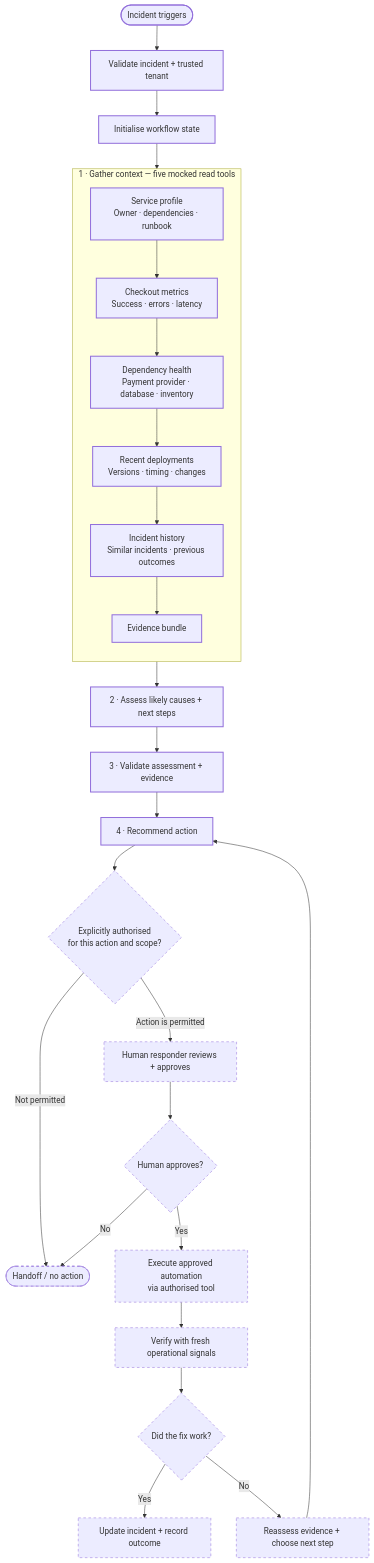
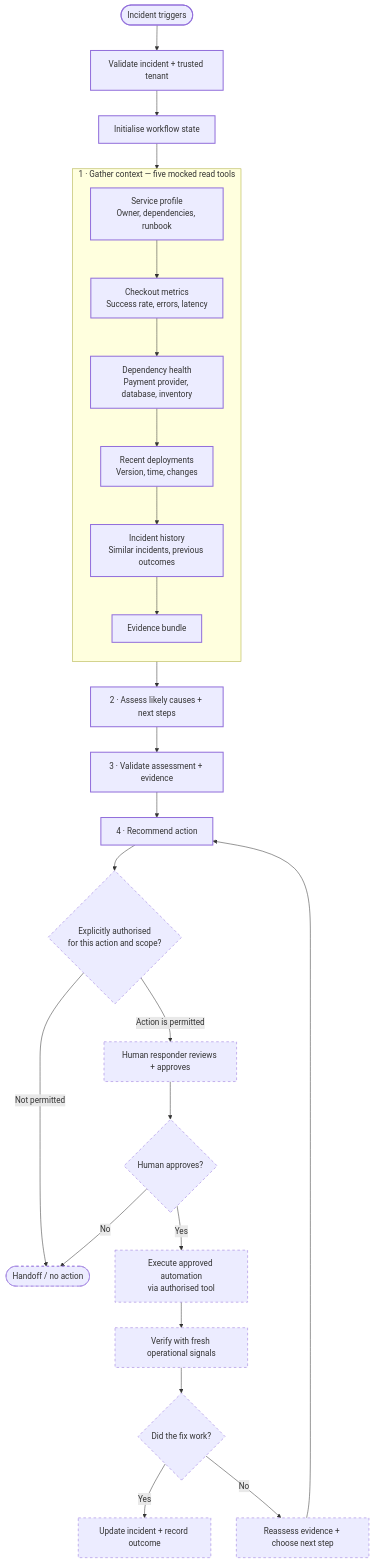
Before and after one commit to rudolfo-felix/pager-duty: the diagram in README.md, drawn with Mermaid. The commit also changed other lines of this file, not shown here.

Commit message:
Clarify diagram labels and tested versus proposed flows

````diff
--- a/README.md
+++ b/README.md
@@ -48,39 +48,39 @@
 ```mermaid
 flowchart TD
     A(["Incident triggers"]) --> B["Validate incident + trusted tenant"]
     B --> C["Initialise workflow state"]
 
     subgraph G["1 · Gather context — five mocked read tools"]
       direction TB
-      T1["Service profile<br/>Owner · dependencies · runbook"]
-      T2["Checkout metrics<br/>Success · errors · latency"]
-      T3["Dependency health<br/>Payment provider · database · inventory"]
-      T4["Recent deployments<br/>Versions · timing · changes"]
-      T5["Incident history<br/>Similar incidents · previous outcomes"]
+      T1["Service profile<br/>Owner, dependencies, runbook"]
+      T2["Checkout metrics<br/>Success rate, errors, latency"]
+      T3["Dependency health<br/>Payment provider, database, inventory"]
+      T4["Recent deployments<br/>Version, time, changes"]
+      T5["Incident history<br/>Similar incidents, previous outcomes"]
       T1 --> T2 --> T3 --> T4 --> T5
       T5 --> E["Evidence bundle"]
     end
 
     C --> T1
     E --> F["2 · Assess likely causes + next steps"]
     F --> V["3 · Validate assessment + evidence"]
     V --> H["4 · Recommend action"]
     H --> Z{"Explicitly authorised<br/>for this action and scope?"}
 
     Z -- "Action is permitted" --> K["Human responder reviews + approves"]
     Z -- "Not permitted" --> M(["Handoff / no action"])
     K --> L{"Human approves?"}
     L -- "Yes" --> J["Execute approved automation<br/>via authorised tool"]
     L -- "No" --> M
 
     J --> N["Verify with fresh operational signals"]
     N --> O{"Did the fix work?"}
     O -- "Yes" --> P["Update incident + record outcome"]
     O -- "No" --> Q["Reassess evidence + choose next step"]
     Q --> H
 
     classDef implemented stroke-width:2px
     class A,B,C,T1,T2,T3,T4,T5,E,F,V,H implemented
     class Z,J,K,L,M,N,O,P,Q production
     classDef production stroke-dasharray:5 5
 ```
````
